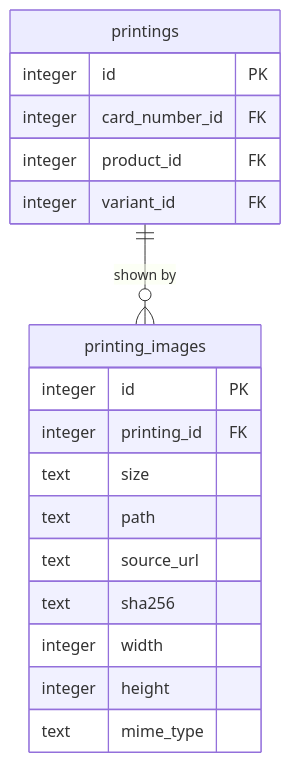
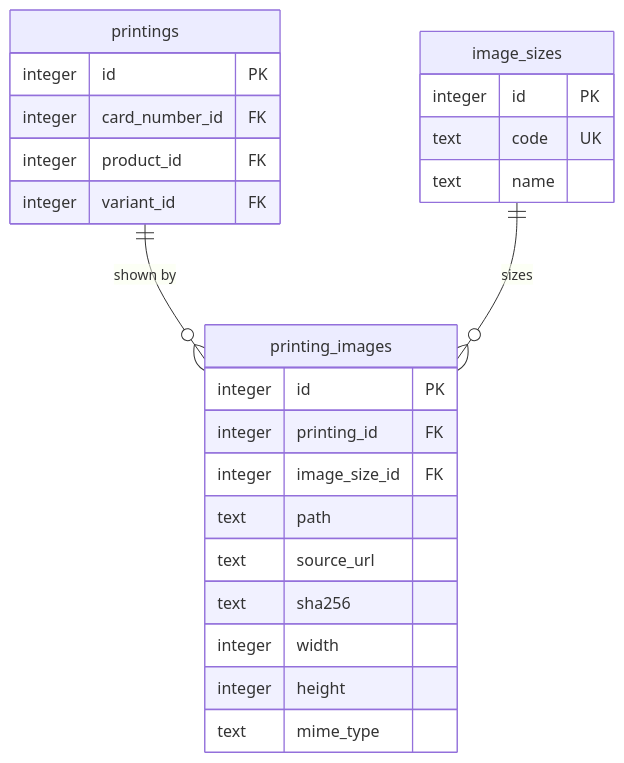
Before and after one commit to AleFire99/BS_Database: the sixth of 6 diagrams in docs/data-model/target-schema.md, drawn with Mermaid. The commit also changed other lines of this file and 1 other file, not shown here.

First line of the commit message:
docs(data-model): address review on effects and text model

````diff
--- a/docs/data-model/target-schema.md
+++ b/docs/data-model/target-schema.md
@@ -853,22 +885,28 @@
 ```mermaid
 erDiagram
     printings ||--o{ printing_images : "shown by"
+    image_sizes ||--o{ printing_images : "sizes"
 
     printings {
         integer id PK
         integer card_number_id FK
         integer product_id FK
         integer variant_id FK
     }
+    image_sizes {
+        integer id PK
+        text code UK
+        text name
+    }
     printing_images {
         integer id PK
         integer printing_id FK
-        text size
+        integer image_size_id FK
         text path
         text source_url
         text sha256
         integer width
         integer height
         text mime_type
     }
 ```
````
